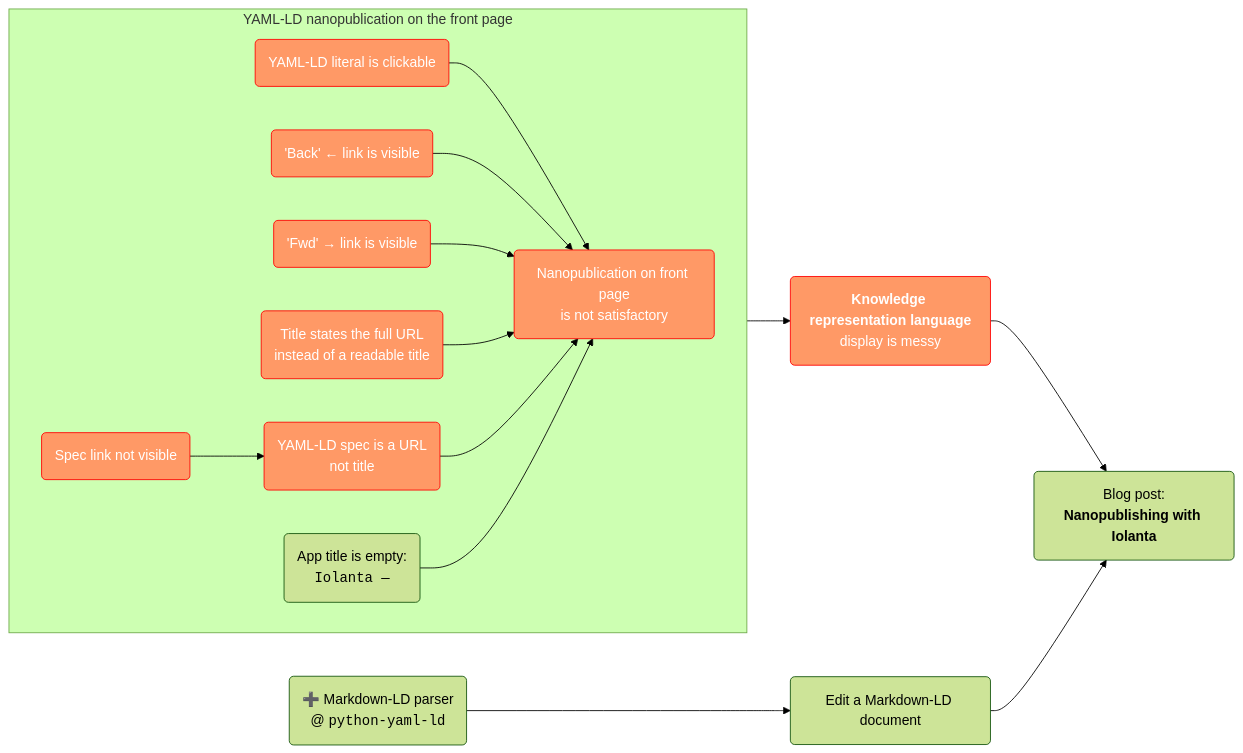
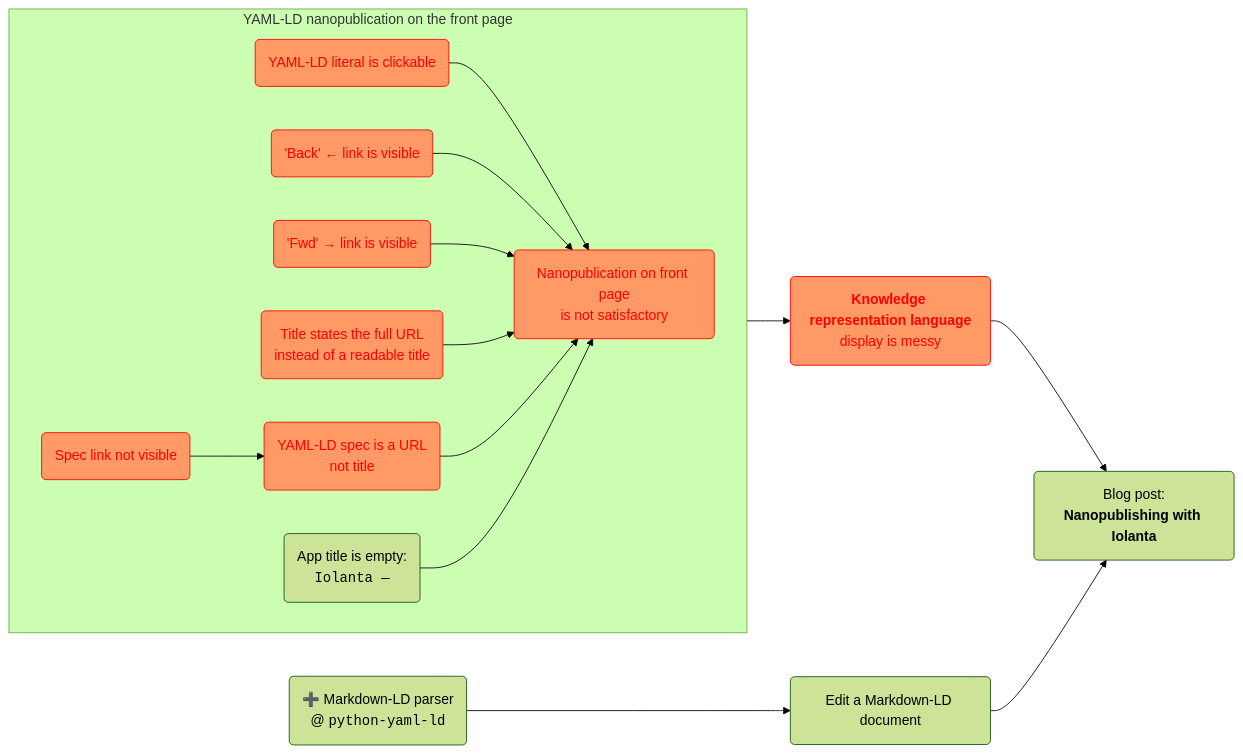
One commit to iolanta-tech/iolanta changed the diagram in docs/roadmap.md. Above: the diagram before and after it, drawn with Mermaid (forest theme).

Commit message:
#270 Upgrade styling on roadmap

````diff
--- a/docs/roadmap.md
+++ b/docs/roadmap.md
@@ -12,37 +12,38 @@
 ```mermaid
 graph LR
     nanopub-blog-post("Blog post:<br/><strong>Nanopublishing with Iolanta</strong>")
     
     subgraph "YAML-LD nanopublication on the front page"
         direction LR
         nanopublication-is-not-satisfactory("Nanopublication on front page<br/>is not satisfactory")
         class nanopublication-is-not-satisfactory bug
         
         literal-clickable("YAML-LD literal is clickable") --> nanopublication-is-not-satisfactory
         click literal-clickable "https://github.com/iolanta-tech/iolanta/issues/260"
         class literal-clickable bug
         
         back("'Back' ← link is visible") --> nanopublication-is-not-satisfactory
         class back bug
     
         fwd("'Fwd' → link is visible") --> nanopublication-is-not-satisfactory
         class fwd bug
     
         nanopub-title("Title states the full URL<br/>instead of a readable title") --> nanopublication-is-not-satisfactory
+        click nanopub-title "https://github.com/iolanta-tech/iolanta/issues/270"
         class nanopub-title bug
-        
+            
         spec-not-visible("Spec link not visible") --> spec("YAML-LD spec is a URL<br/>not title") --> nanopublication-is-not-satisfactory
         class spec bug
         class spec-not-visible bug
         
         app-title-empty("App title is empty:<br/><code>Iolanta —</code>") --> nanopublication-is-not-satisfactory
     end
     
     nanopublication-is-not-satisfactory --> fip-term-messy("<strong>Knowledge representation language</strong><br/>display is messy") --> nanopub-blog-post
     class fip-term-messy bug
     
     python-yaml-ld-markdown-ld("➕ Markdown-LD parser<br/>@ <code>python-yaml-ld</code>") --> markdown-ld("Edit a Markdown-LD document") --> nanopub-blog-post
     click markdown-ld "https://github.com/iolanta-tech/iolanta/issues/261"
         
-    classDef bug fill:#f96,color:#fff,stroke:#f00,stroke-width:1px;
+    classDef bug fill:#f96,color:#f00,stroke:#f00,stroke-width:1px;
 ```
````
